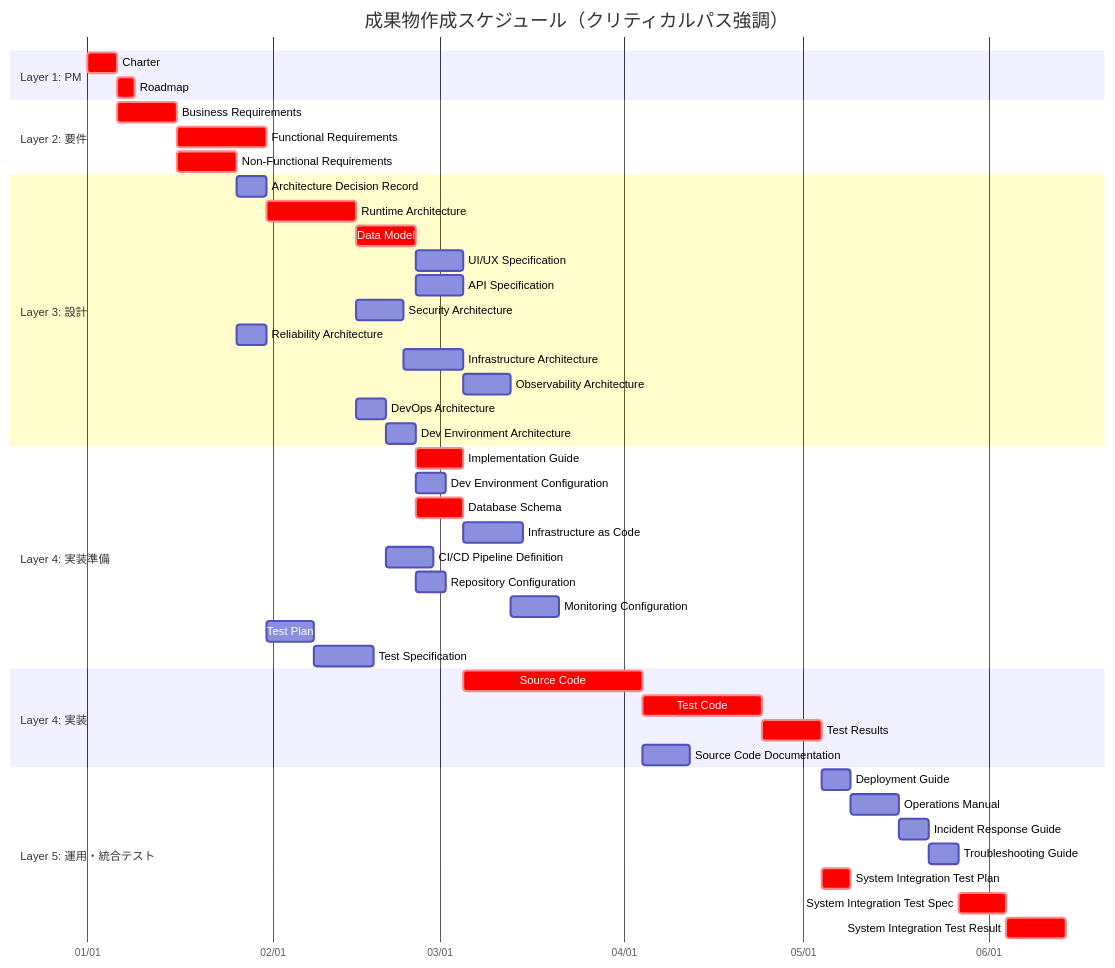
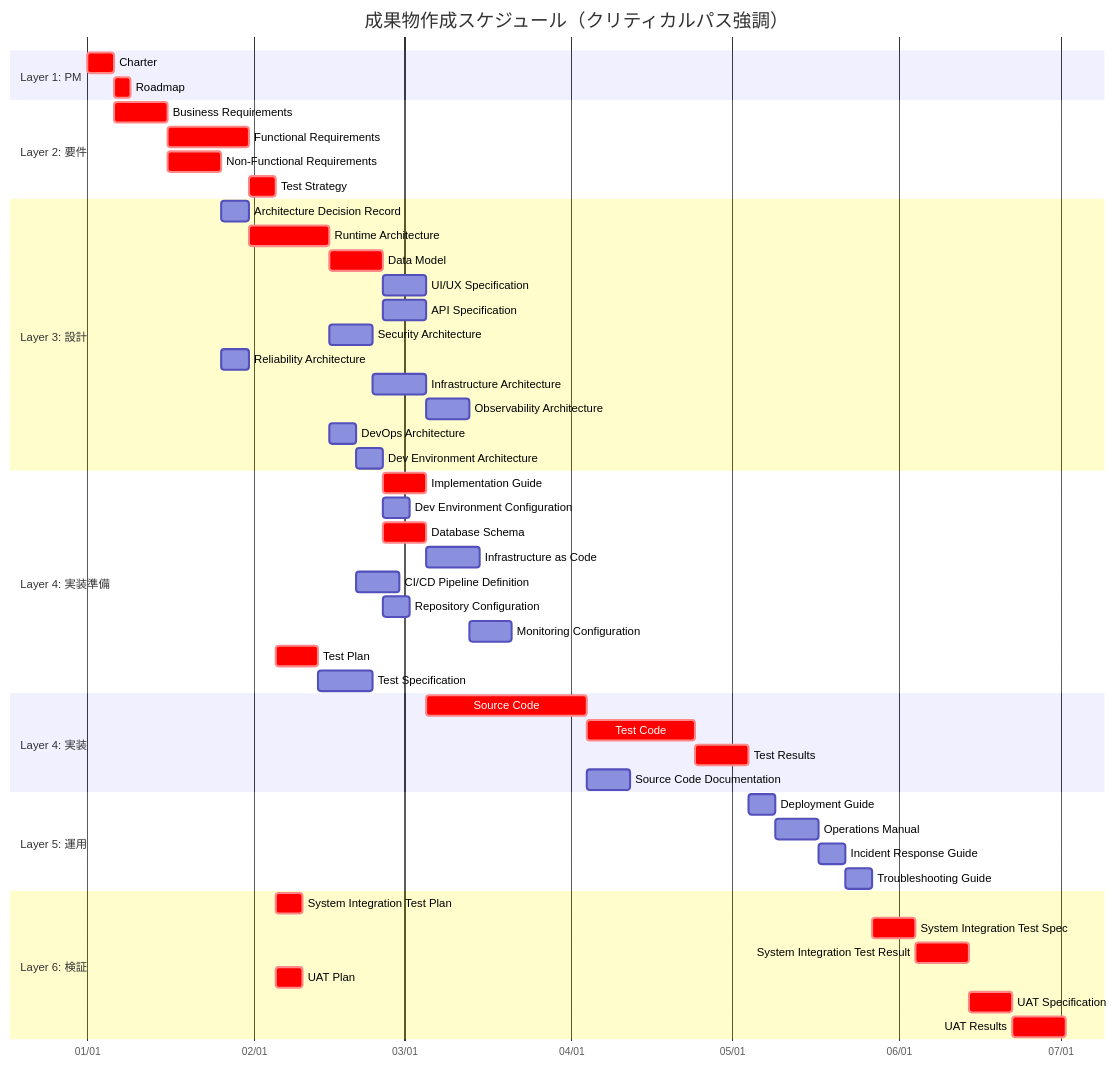
One commit to mahitotsu/ukiyoue changed the third of 3 diagrams in specs/artifact-taxonomy.md. Above: the diagram before and after it, drawn with Mermaid. The commit also changed other lines of this file, not shown here.

First line of the commit message:
feat: Layer 6 Verification分離とTest Strategy追加による完全なテストプロセス確立

````diff
--- a/specs/artifact-taxonomy.md
+++ b/specs/artifact-taxonomy.md
@@ -1048,54 +1139,60 @@
 ```mermaid
 gantt
     title 成果物作成スケジュール（クリティカルパス強調）
     dateFormat YYYY-MM-DD
     axisFormat %m/%d
 
     section Layer 1: PM
     Charter                       :crit, charter, 2025-01-01, 5d
     Roadmap                       :crit, roadmap, after charter, 3d
 
     section Layer 2: 要件
     Business Requirements         :crit, biz, after charter, 10d
     Functional Requirements       :crit, func, after biz, 15d
     Non-Functional Requirements   :crit, nonfunc, after biz, 10d
+    Test Strategy                 :crit, teststrat, after biz func nonfunc, 5d
 
     section Layer 3: 設計
     Architecture Decision Record  :adr, after nonfunc, 5d
     Runtime Architecture          :crit, runtime, after nonfunc adr, 15d
     Data Model                    :crit, datamodel, after func runtime, 10d
     UI/UX Specification           :ui, after func datamodel, 8d
     API Specification             :api, after runtime datamodel, 8d
     Security Architecture         :security, after nonfunc runtime, 8d
     Reliability Architecture      :reliability, after nonfunc, 5d
     Infrastructure Architecture   :infra, after reliability runtime security, 10d
     Observability Architecture    :observ, after runtime infra reliability, 8d
     DevOps Architecture           :devops, after runtime, 5d
     Dev Environment Architecture  :devenv, after runtime devops, 5d
 
     section Layer 4: 実装準備
     Implementation Guide          :crit, implguide, after runtime security devenv devops, 8d
     Dev Environment Configuration :devenvconf, after devenv, 5d
     Database Schema               :crit, dbschema, after datamodel, 8d
     Infrastructure as Code        :iac, after infra, 10d
     CI/CD Pipeline Definition     :pipeline, after devops, 8d
     Repository Configuration      :repo, after devops devenv, 5d
     Monitoring Configuration      :monitoring, after observ, 8d
-    Test Plan                     :testplan, after func nonfunc, 8d
+    Test Plan                     :crit, testplan, after teststrat func nonfunc, 8d
     Test Specification            :testspec, after testplan func, 10d
 
     section Layer 4: 実装
     Source Code                   :crit, code, after func implguide ui api dbschema repo devenvconf, 30d
     Test Code                     :crit, testcode, after testspec code, 20d
     Test Results                  :crit, testresult, after testcode, 10d
     Source Code Documentation     :codedoc, after code, 8d
 
-    section Layer 5: 運用・統合テスト
+    section Layer 5: 運用
     Deployment Guide              :deploy, after iac pipeline testresult, 5d
     Operations Manual             :manual, after deploy monitoring testresult, 8d
     Incident Response Guide       :incident, after observ manual, 5d
     Troubleshooting Guide         :trouble, after codedoc incident, 5d
-    System Integration Test Plan  :crit, sitplan, after testresult biz func nonfunc, 5d
-    System Integration Test Spec  :crit, sitspec, after sitplan biz func deploy manual incident trouble, 8d
-    System Integration Test Result :crit, sitresult, after sitspec biz func, 10d
+
+    section Layer 6: 検証
+    System Integration Test Plan  :crit, sitplan, after teststrat func nonfunc, 5d
+    System Integration Test Spec  :crit, sitspec, after sitplan func deploy manual incident trouble, 8d
+    System Integration Test Result :crit, sitresult, after sitspec, 10d
+    UAT Plan                      :crit, uatplan, after teststrat biz func, 5d
+    UAT Specification             :crit, uatspec, after uatplan biz func sitresult, 8d
+    UAT Results                   :crit, uatresult, after uatspec, 10d
 ```
````
